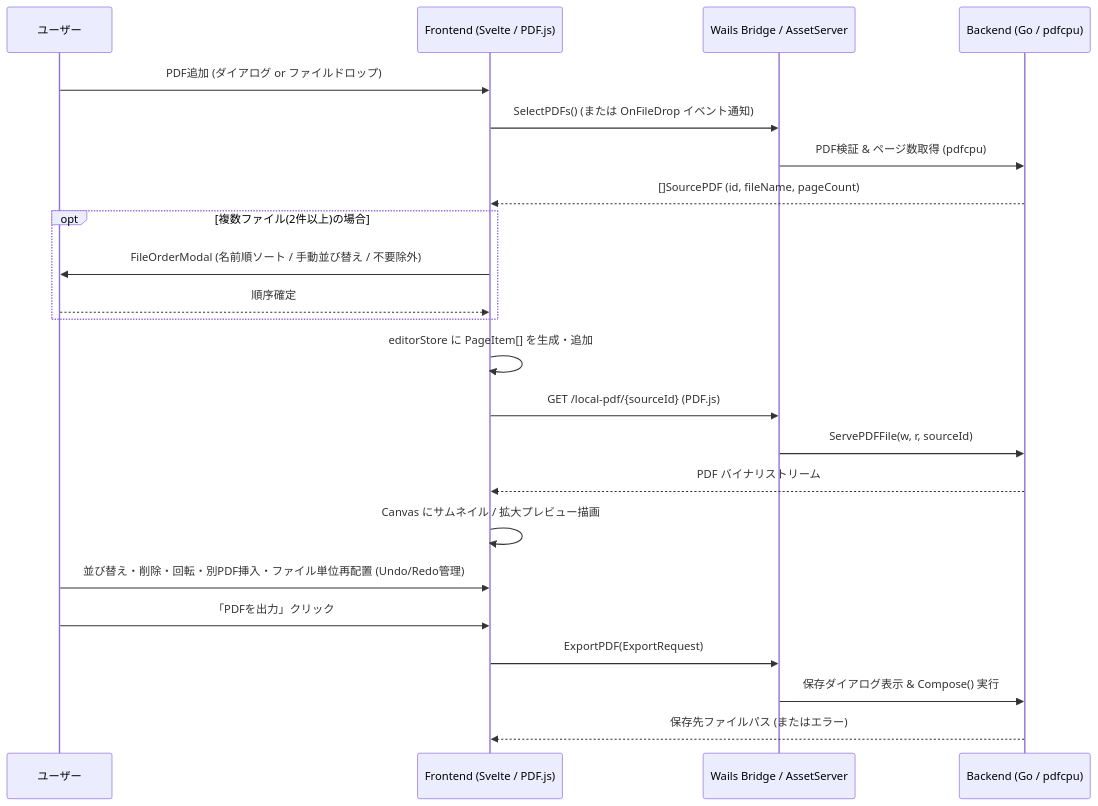
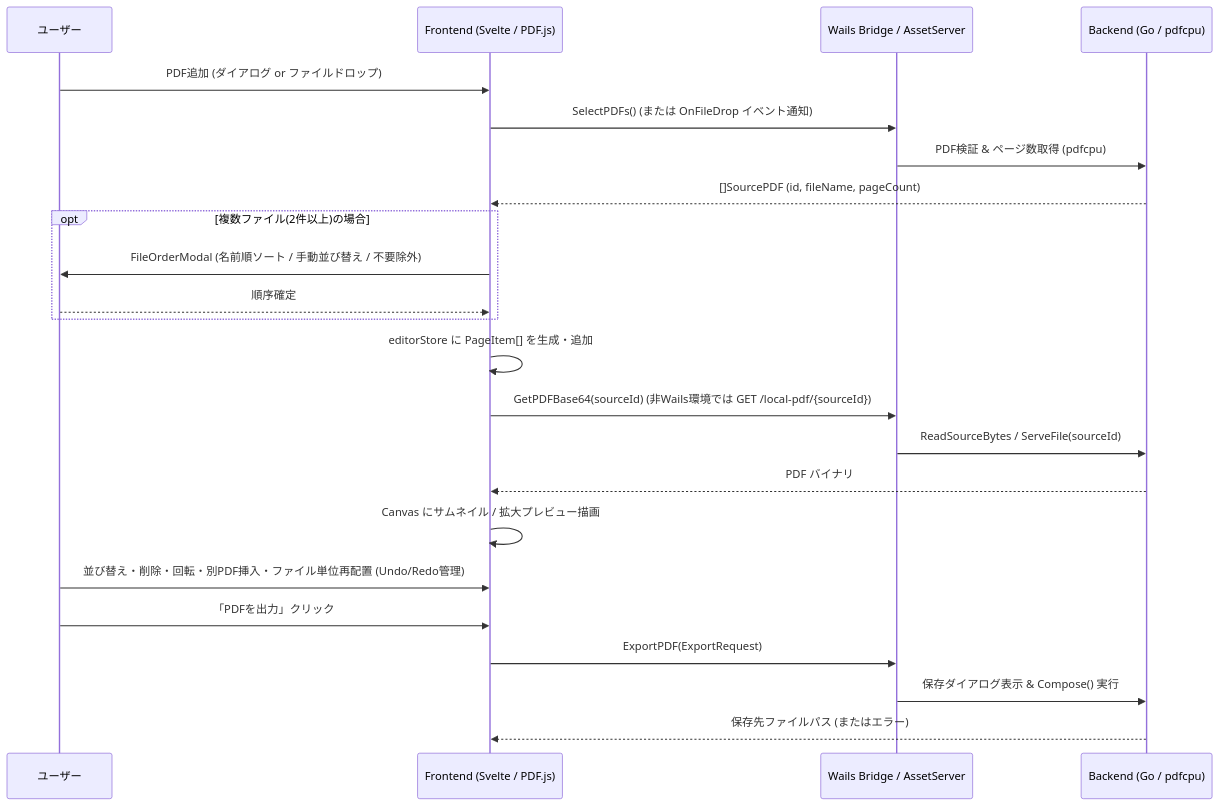
One commit to tfuruha/PdfPageComposer changed the diagram in docs/architecture.md. Above: the diagram before and after it, drawn with Mermaid. The commit also changed other lines of this file and 21 other files, not shown here.

````diff
--- a/docs/architecture.md
+++ b/docs/architecture.md
@@ -18,26 +20,26 @@
 ```mermaid
 sequenceDiagram
     participant User as ユーザー
     participant FE as Frontend (Svelte / PDF.js)
     participant Wails as Wails Bridge / AssetServer
     participant BE as Backend (Go / pdfcpu)
 
     User->>FE: PDF追加 (ダイアログ or ファイルドロップ)
     FE->>Wails: SelectPDFs() (または OnFileDrop イベント通知)
     Wails->>BE: PDF検証 & ページ数取得 (pdfcpu)
     BE-->>FE: []SourcePDF (id, fileName, pageCount)
     opt 複数ファイル(2件以上)の場合
         FE->>User: FileOrderModal (名前順ソート / 手動並び替え / 不要除外)
         User-->>FE: 順序確定
     end
     FE->>FE: editorStore に PageItem[] を生成・追加
-    FE->>Wails: GET /local-pdf/{sourceId} (PDF.js)
-    Wails->>BE: ServePDFFile(w, r, sourceId)
-    BE-->>FE: PDF バイナリストリーム
+    FE->>Wails: GetPDFBase64(sourceId) (非Wails環境では GET /local-pdf/{sourceId})
+    Wails->>BE: ReadSourceBytes / ServeFile(sourceId)
+    BE-->>FE: PDF バイナリ
     FE->>FE: Canvas にサムネイル / 拡大プレビュー描画
     User->>FE: 並び替え・削除・回転・別PDF挿入・ファイル単位再配置 (Undo/Redo管理)
     User->>FE: 「PDFを出力」クリック
     FE->>Wails: ExportPDF(ExportRequest)
     Wails->>BE: 保存ダイアログ表示 & Compose() 実行
     BE-->>FE: 保存先ファイルパス (またはエラー)
 ```
````
